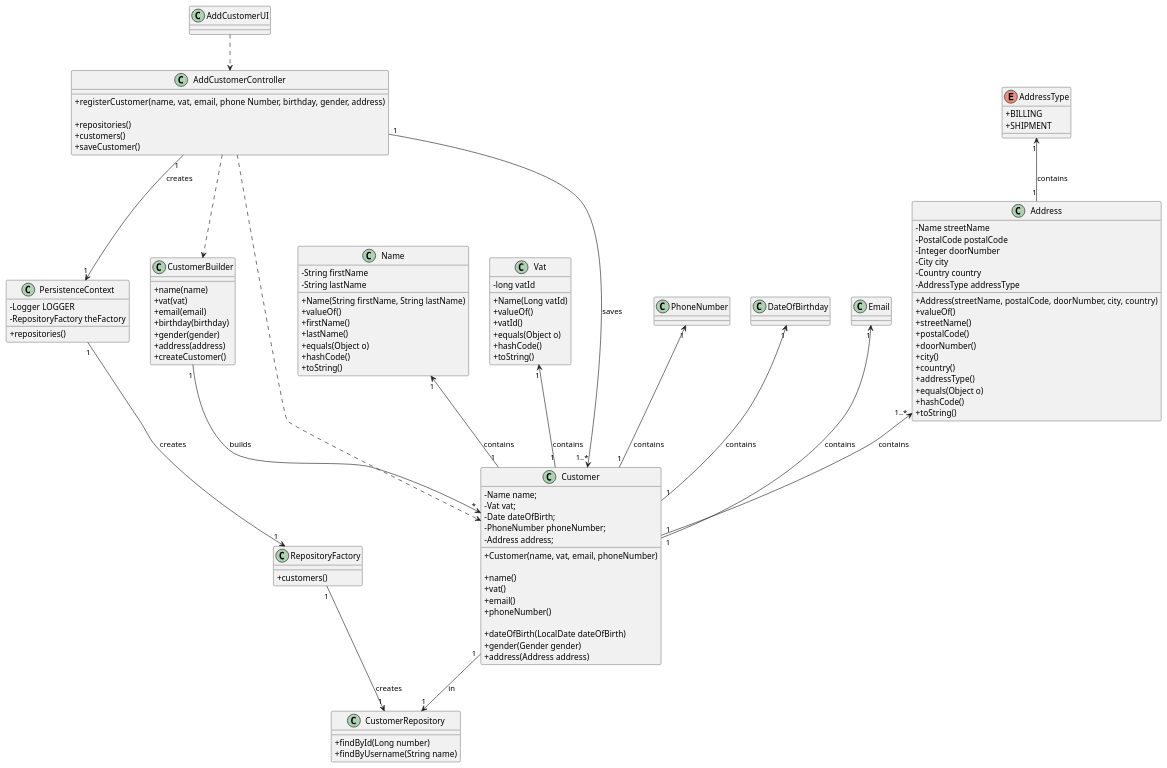
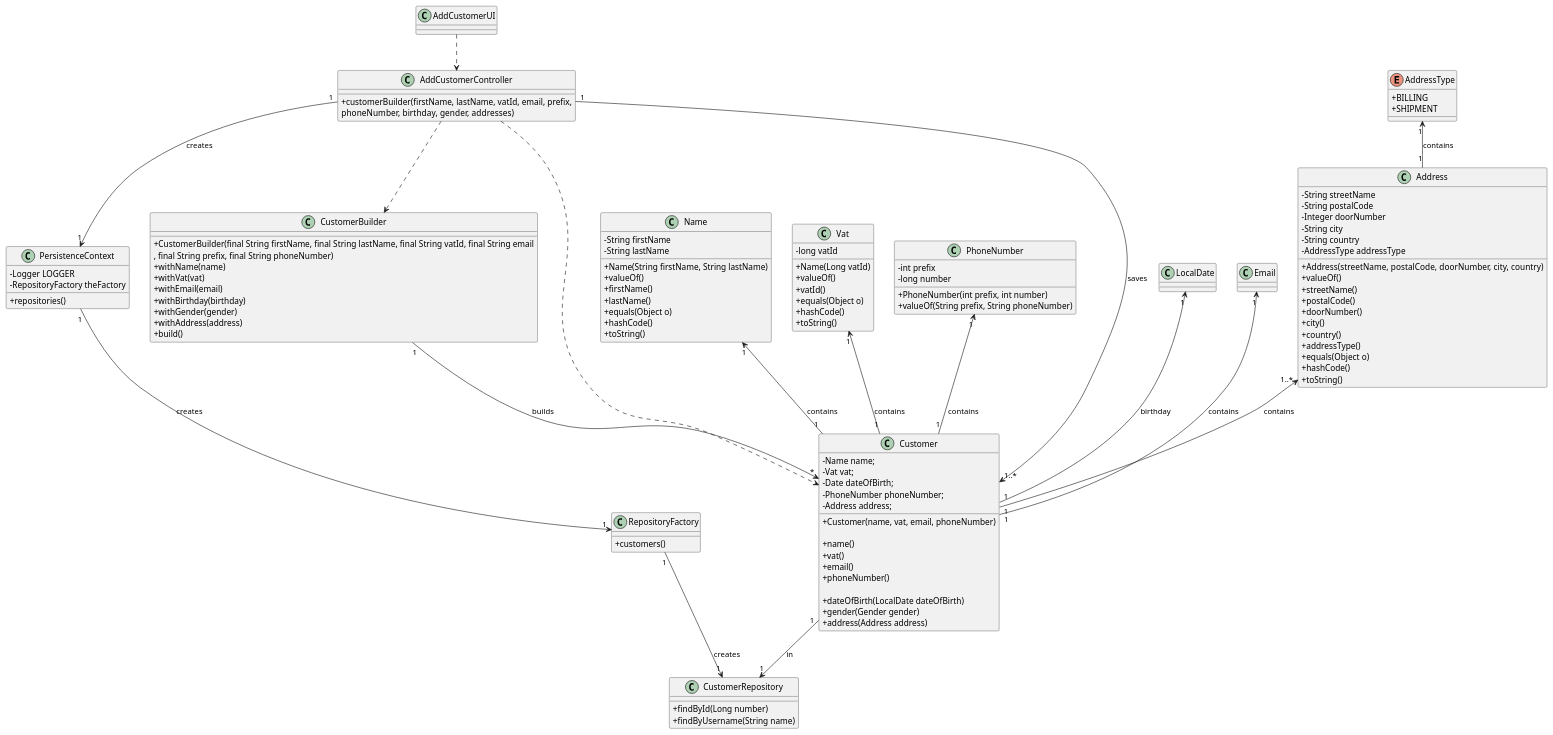
One commit to RuiRioPina/LAPR4-21-22 changed the diagram in docs/1201568/US1003/Diagramas/cd.puml. Above: the diagram before and after it, drawn with PlantUML. The commit also changed 1 other file, not shown here.

```diff
--- a/docs/1201568/US1003/Diagramas/cd.puml
+++ b/docs/1201568/US1003/Diagramas/cd.puml
@@ -1,141 +1,146 @@
 @startuml
 skinparam classAttributeIconSize 0
 
 Class "AddCustomerUI"{
 }
 
 Class "AddCustomerController"{
-+registerCustomer(name, vat, email, phone Number, birthday, gender, address)
-
-+repositories()
-+customers()
-+saveCustomer()
++customerBuilder(firstName, lastName, vatId, email, prefix,
+ phoneNumber, birthday, gender, addresses)
 }
 
 Class "Name"{
 -String firstName
 -String lastName
 
 +Name(String firstName, String lastName)
 +valueOf()
 +firstName()
 +lastName()
 +equals(Object o)
 +hashCode()
 +toString()
 }
 
 Class "Vat"{
 -long vatId
 
 +Name(Long vatId)
 +valueOf()
 +vatId()
 +equals(Object o)
 +hashCode()
 +toString()
 }
-
-
+Class "PhoneNumber"{
+     -int prefix
+     -long number
+     +PhoneNumber(int prefix, int number)
+     +valueOf(String prefix, String phoneNumber)
+}
 Class "Customer"{
      -Name name;
      -Vat vat;
      -Date dateOfBirth;
      -PhoneNumber phoneNumber;
      -Address address;
 
 +Customer(name, vat, email, phoneNumber)
 
 +name()
 +vat()
 +email()
 +phoneNumber()
 
 +dateOfBirth(LocalDate dateOfBirth)
 +gender(Gender gender)
 +address(Address address)
 
 }
 
+
+
 class Address {
--Name streetName
--PostalCode postalCode
+-String streetName
+-String postalCode
 -Integer doorNumber
--City city
--Country country
+-String city
+-String country
 -AddressType addressType
 
 +Address(streetName, postalCode, doorNumber, city, country)
 +valueOf()
 +streetName()
 +postalCode()
 +doorNumber()
 +city()
 +country()
 +addressType()
 +equals(Object o)
 +hashCode()
 +toString()
 
 }
 
 enum AddressType {
 +BILLING
 +SHIPMENT
 }
 
 
 
 
 class CustomerBuilder {
-+name(name)
-+vat(vat)
-+email(email)
-+birthday(birthday)
-+gender(gender)
-+address(address)
-+createCustomer()
++CustomerBuilder(final String firstName, final String lastName, final String vatId, final String email
+                     , final String prefix, final String phoneNumber)
++withName(name)
++withVat(vat)
++withEmail(email)
++withBirthday(birthday)
++withGender(gender)
++withAddress(address)
++build()
 }
 
 class PersistenceContext {
 -Logger LOGGER
 -RepositoryFactory theFactory
 +repositories()
 }
 
 class RepositoryFactory{
 +customers()
 }
 
 class CustomerRepository{
 +findById(Long number)
 +findByUsername(String name)
 }
 
 
 AddCustomerUI..> AddCustomerController
 AddCustomerController..> Customer
 AddCustomerController..> CustomerBuilder 
 CustomerBuilder "1" --> "*" Customer : builds
 
 Name "1" <-- "1" Customer : contains
 Vat "1" <-- "1" Customer : contains
 PhoneNumber "1" <-- "1" Customer : contains
-DateOfBirthday "1" <-- "1" Customer : contains
+LocalDate "1" <-- "1" Customer : birthday
 Email "1" <-- "1" Customer : contains
 Address "1..*" <-- "1" Customer : contains
 AddressType "1" <-- "1" Address: contains
 
 "AddCustomerController" "1" --> "1" "PersistenceContext" :creates
 
 
 "PersistenceContext" "1" --> "1" "RepositoryFactory" :creates
 
 
 "RepositoryFactory" "1" --> "1" "CustomerRepository"  :creates
 
 "AddCustomerController" "1" --> "1..*" "Customer" :saves
 
 "Customer" "1" --> "1" "CustomerRepository" :in
 
 @enduml
```
